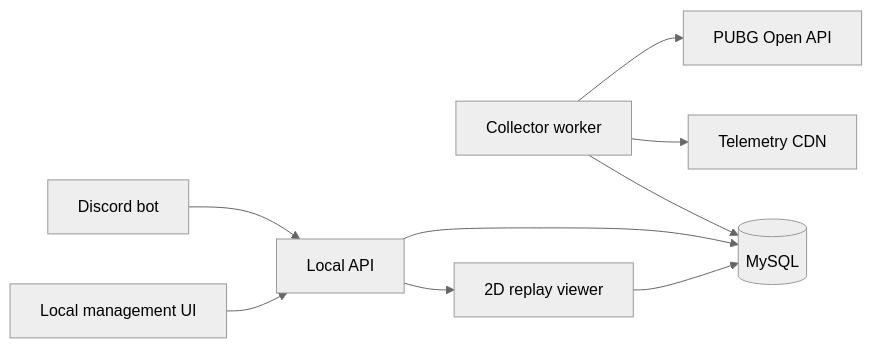
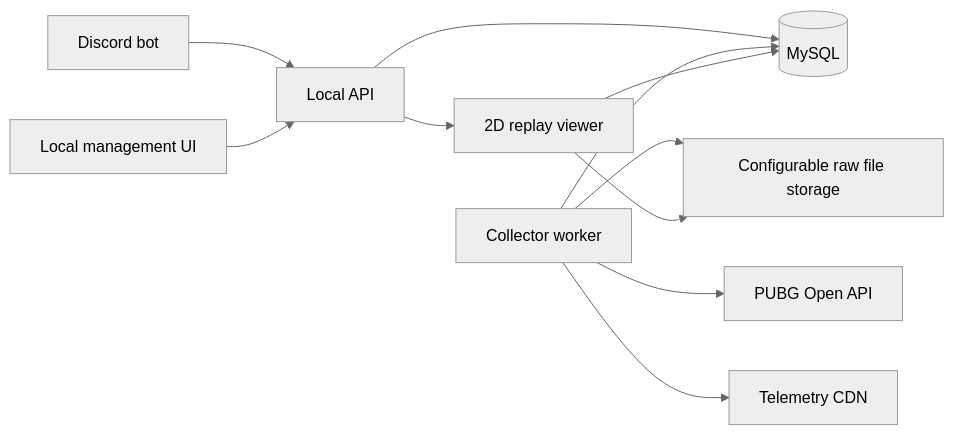
Before and after one commit to YuukiAsunaI/PUBG_AI_Code_Codex: the diagram in docs/LOCAL_ARCHITECTURE_AND_MYSQL_MODEL.md, drawn with Mermaid (neutral theme). The commit also changed other lines of this file and 8 other files, not shown here.

Commit message:
Add configurable raw payload storage

````diff
--- a/docs/LOCAL_ARCHITECTURE_AND_MYSQL_MODEL.md
+++ b/docs/LOCAL_ARCHITECTURE_AND_MYSQL_MODEL.md
@@ -33,11 +34,13 @@
 ```mermaid
 flowchart LR
     Discord["Discord bot"] --> API["Local API"]
     UI["Local management UI"] --> API
     API --> MySQL[("MySQL")]
     Worker["Collector worker"] --> PUBG["PUBG Open API"]
     Worker --> CDN["Telemetry CDN"]
+    Worker --> RawFiles["Configurable raw file storage"]
     Worker --> MySQL
     API --> Replay["2D replay viewer"]
     Replay --> MySQL
+    Replay --> RawFiles
 ```
````
